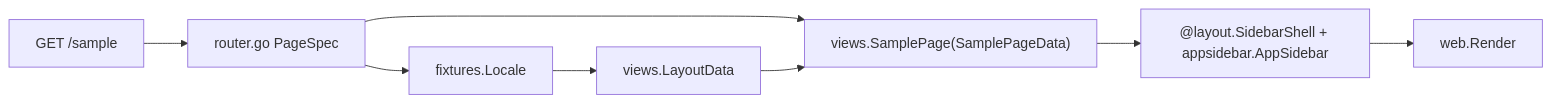
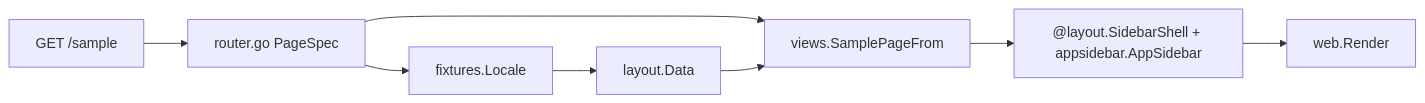
The diagram in docs/for-react-devs.md (fastygo/blank), drawn with Mermaid before and after one commit. The commit also changed other lines of this file and 41 other files, not shown here.

````diff
--- a/docs/for-react-devs.md
+++ b/docs/for-react-devs.md
@@ -64,10 +63,10 @@
 ```mermaid
 flowchart LR
   request["GET /sample"] --> pageSpec["router.go PageSpec"]
   pageSpec --> locale["fixtures.Locale"]
-  locale --> layoutData["views.LayoutData"]
-  pageSpec --> body["views.SamplePage(SamplePageData)"]
+  locale --> layoutData["layout.Data"]
+  pageSpec --> body["views.SamplePageFrom"]
   layoutData --> body
   body --> shell["@layout.SidebarShell + appsidebar.AppSidebar"]
   shell --> render["web.Render"]
 ```
````
